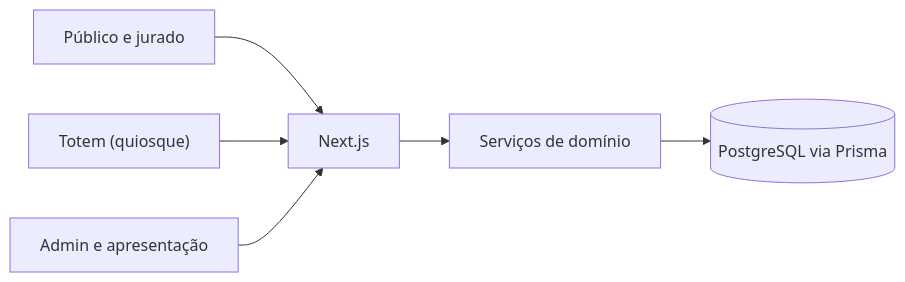
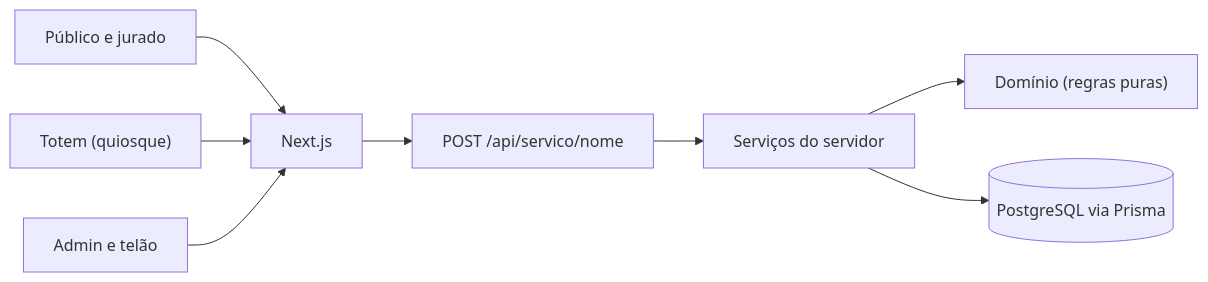
Before and after one commit to renanfelliphe2/vaivota-copy: the diagram in README.md, drawn with Mermaid. The commit also changed other lines of this file, not shown here.

````diff
--- a/README.md
+++ b/README.md
@@ -217,8 +113,10 @@
 ```mermaid
 flowchart LR
   P["Público e jurado"] --> A["Next.js"]
   T["Totem (quiosque)"] --> A
-  AD["Admin e apresentação"] --> A
-  A --> S["Serviços de domínio"]
+  AD["Admin e telão"] --> A
+  A --> R["POST /api/servico/nome"]
+  R --> S["Serviços do servidor"]
+  S --> D["Domínio (regras puras)"]
   S --> DB[("PostgreSQL via Prisma")]
 ```
````
